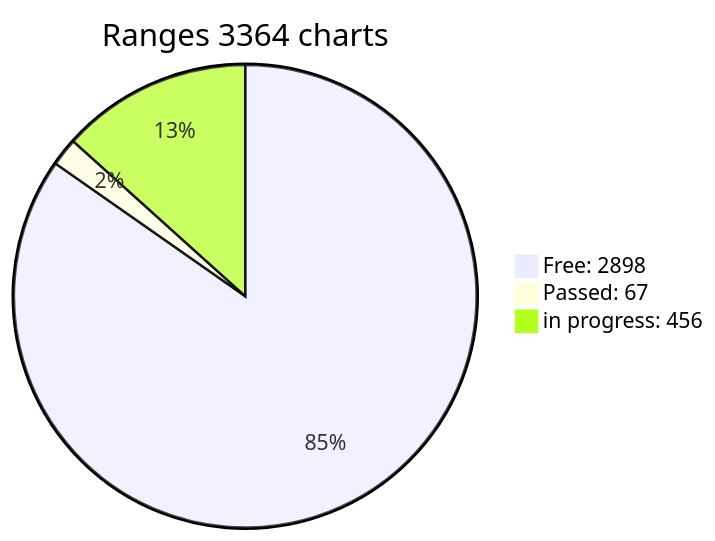
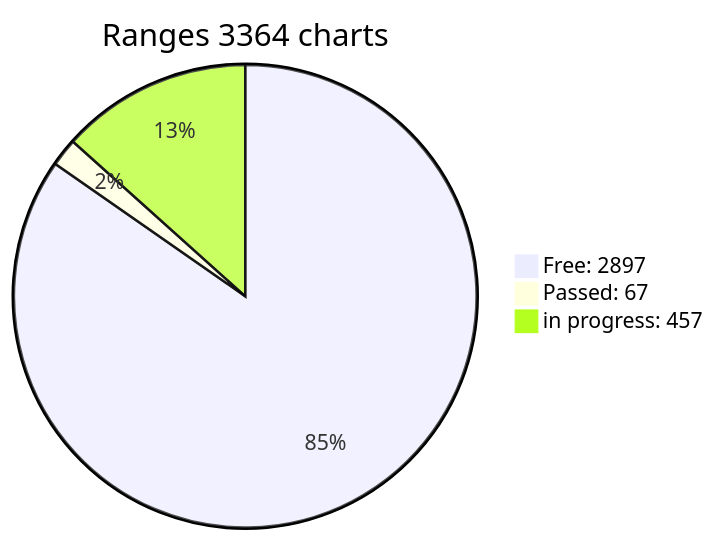
The diagram in x64/Release/table.md (phrutis/wif500), drawn with Mermaid before and after one commit. The commit also changed other lines of this file, not shown here.

````diff
--- a/x64/Release/table.md
+++ b/x64/Release/table.md
@@ -3,6 +3,6 @@
 ```mermaid
 pie title Ranges 3364 charts
-"Free: 2898" : 2898
+"Free: 2897" : 2897
 "Passed: 67" : 67
-"in progress: 456" : 456
+"in progress: 457" : 457
 ``` 
````
